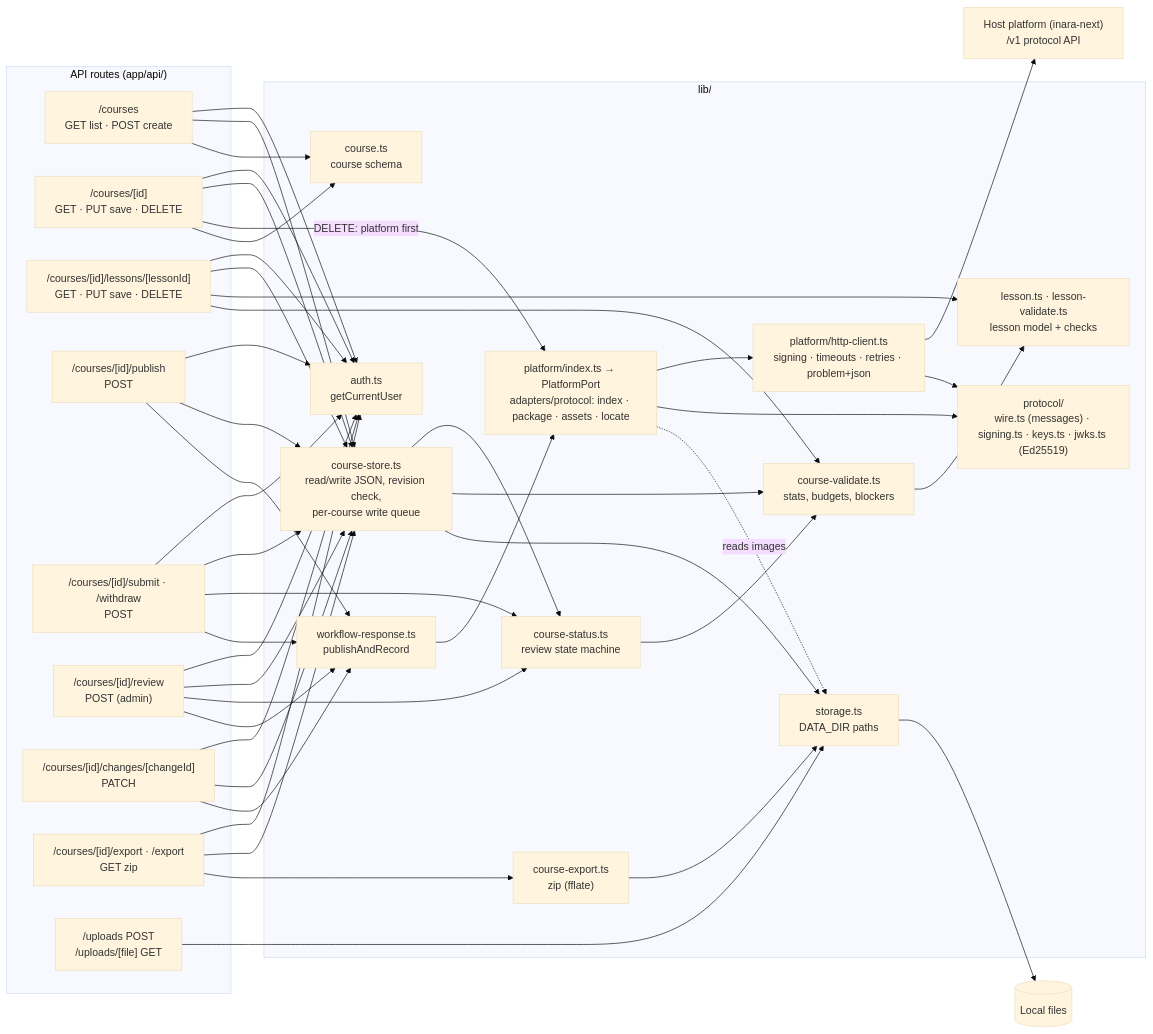
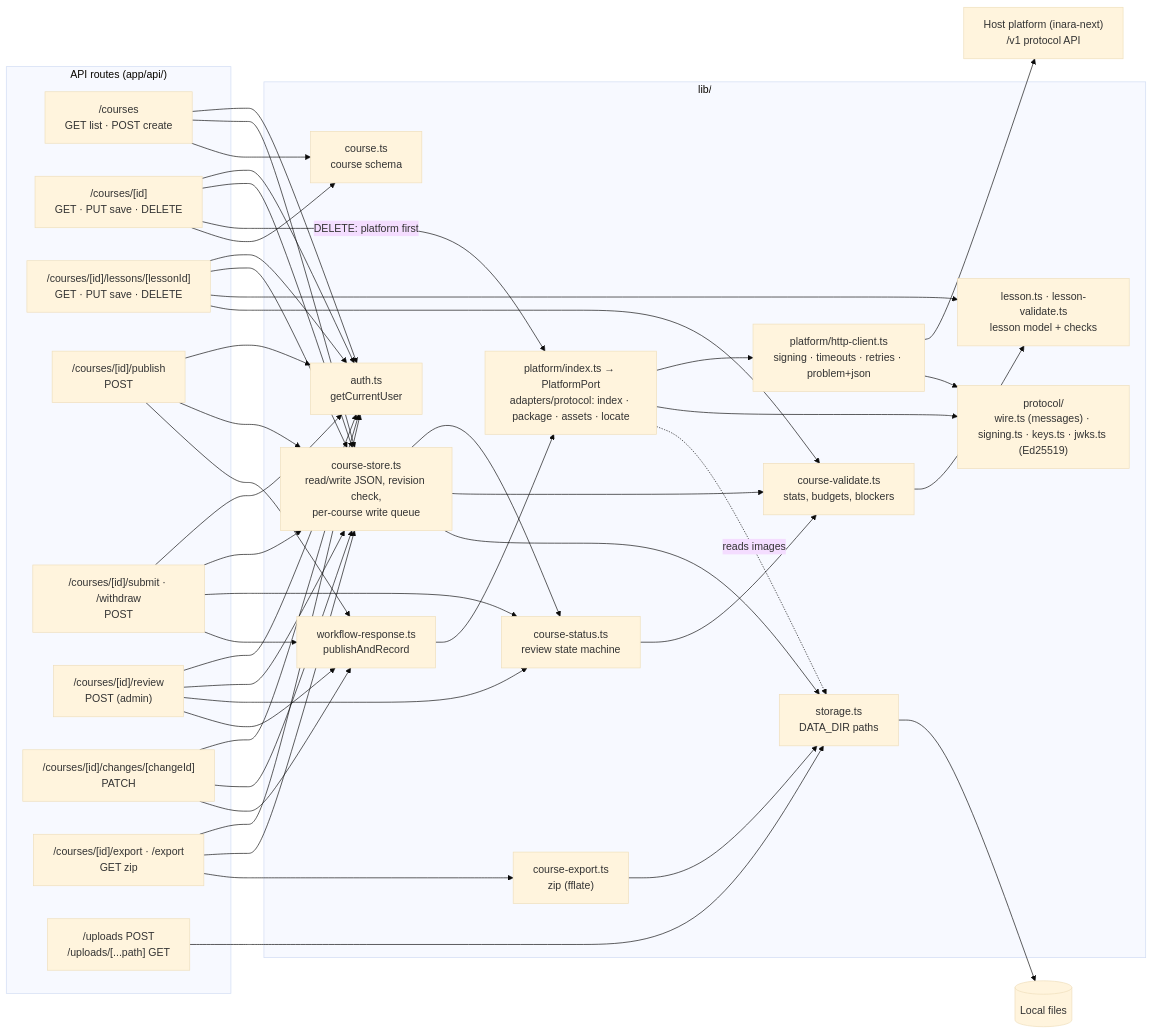
Before and after one commit to HafsaJavedPak/inarax-course-editor: the sixth of 7 diagrams in docs/ARCHITECTURE.md, drawn with Mermaid (base theme). The commit also changed other lines of this file and 43 other files, not shown here.

````diff
--- a/docs/ARCHITECTURE.md
+++ b/docs/ARCHITECTURE.md
@@ -250,46 +250,46 @@
 ```mermaid
 flowchart LR
     subgraph Routes["API routes (app/api/)"]
         R1["/courses<br/>GET list · POST create"]
         R2["/courses/[id]<br/>GET · PUT save · DELETE"]
         R3["/courses/[id]/lessons/[lessonId]<br/>GET · PUT save · DELETE"]
         R4["/courses/[id]/publish<br/>POST"]
         R5["/courses/[id]/submit · /withdraw<br/>POST"]
         R6["/courses/[id]/review<br/>POST (admin)"]
         R7["/courses/[id]/changes/[changeId]<br/>PATCH"]
         R8["/courses/[id]/export · /export<br/>GET zip"]
-        R9["/uploads POST<br/>/uploads/[file] GET"]
+        R9["/uploads POST<br/>/uploads/[...path] GET"]
     end
     subgraph Lib["lib/"]
         AUTH["auth.ts<br/>getCurrentUser"]
         STORE["course-store.ts<br/>read/write JSON, revision check,<br/>per-course write queue"]
         STAT["course-status.ts<br/>review state machine"]
         CVAL["course-validate.ts<br/>stats, budgets, blockers"]
         COURSE["course.ts<br/>course schema"]
         LESSON["lesson.ts · lesson-validate.ts<br/>lesson model + checks"]
         WR["workflow-response.ts<br/>publishAndRecord"]
         PUBL["platform/index.ts → PlatformPort<br/>adapters/protocol: index · package · assets · locate"]
         DBM["platform/http-client.ts<br/>signing · timeouts · retries · problem+json"]
         PROT["protocol/<br/>wire.ts (messages) · signing.ts · keys.ts · jwks.ts (Ed25519)"]
         EXP["course-export.ts<br/>zip (fflate)"]
         STG["storage.ts<br/>DATA_DIR paths"]
     end
     FS[("Local files")]
     DB["Host platform (inara-next)<br/>/v1 protocol API"]
 
     R1 & R2 & R3 & R4 & R5 & R6 & R7 & R8 --> AUTH
     R1 & R2 & R3 & R4 & R5 & R6 & R7 & R8 --> STORE
     R2 -- "DELETE: platform first" --> PUBL
     R2 & R1 --> COURSE
     R3 --> LESSON & CVAL
     R5 & R6 --> STAT
     R4 & R5 & R6 & R7 --> WR
     WR --> PUBL --> DBM --> DB
     PUBL & DBM --> PROT
     PUBL -. "reads images" .-> STG
     R8 --> EXP --> STG
     R9 --> STG
     STORE --> STAT & CVAL & STG
     STAT --> CVAL --> LESSON
     STG --> FS
 ```
````
